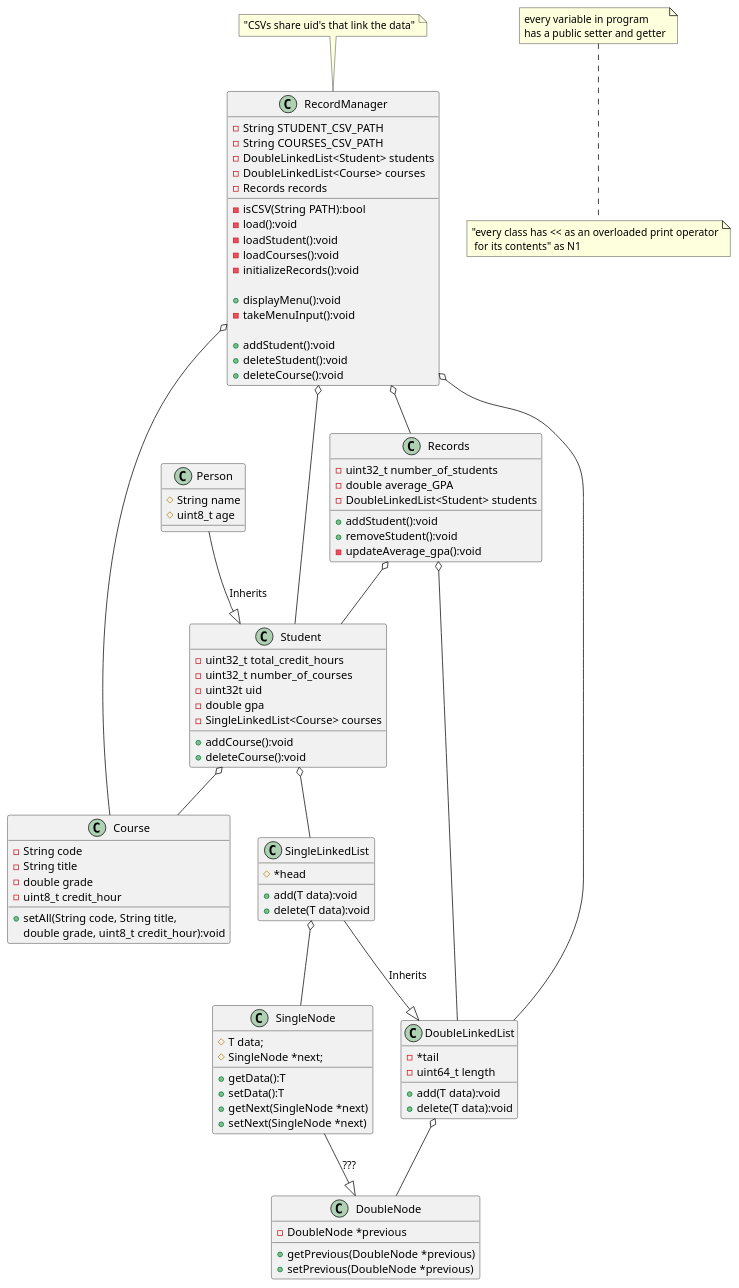
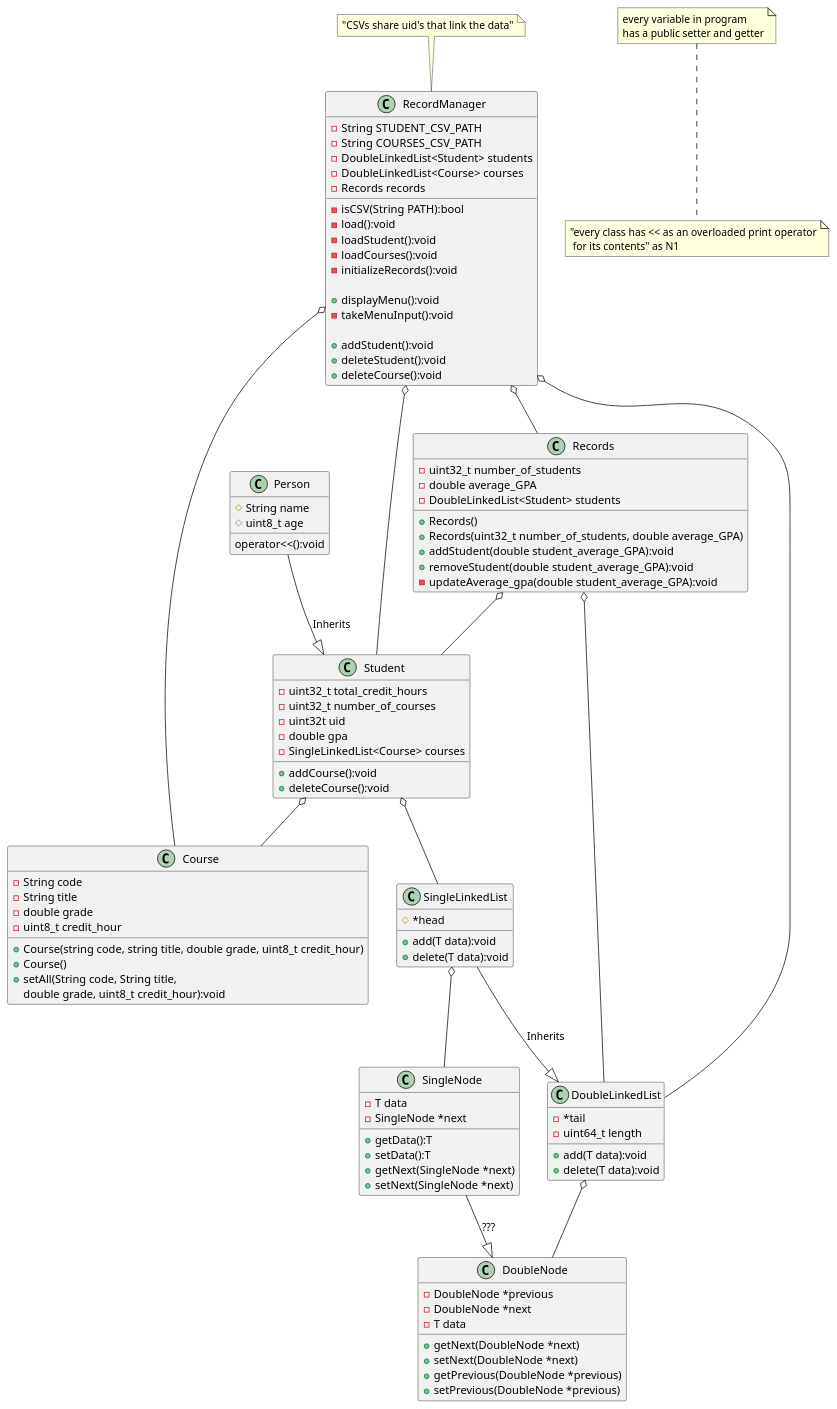
The diagram in uml/ClassDiagram.puml (Andrew-Shepard/SimpleStudentRecordSystem), drawn with PlantUML before and after one commit. The commit also changed 7 other files, not shown here.

Commit message:
Began adding constructors, started work on overloading the print operator, Records calculation for average gpa, CSV extension verification in RecordManager.cpp

```diff
--- a/uml/ClassDiagram.puml
+++ b/uml/ClassDiagram.puml
@@ -1,102 +1,112 @@
 @startuml
 
 class Person {
     #String name
     #uint8_t age
+
+    operator<<():void
 }
 
 class Course {
     -String code
     -String title
     -double grade
     -uint8_t credit_hour
 
+    +Course(string code, string title, double grade, uint8_t credit_hour)
+    +Course()
     +setAll(String code, String title,
         double grade, uint8_t credit_hour):void
 }
 class SingleLinkedList{
     #*head
 
     +add(T data):void
     +delete(T data):void
 }
 class DoubleLinkedList{
     -*tail
     -uint64_t length
 
     +add(T data):void
     +delete(T data):void
 }
 class SingleNode{
-    #T data;
-    #SingleNode *next;
+    -T data
+    -SingleNode *next
 
     +getData():T
     +setData():T
     +getNext(SingleNode *next)
     +setNext(SingleNode *next)
 }
 class DoubleNode{
     -DoubleNode *previous
+    -DoubleNode *next
+    -T data
 
+    +getNext(DoubleNode *next)
+    +setNext(DoubleNode *next)
     +getPrevious(DoubleNode *previous)
     +setPrevious(DoubleNode *previous)
 }
 class RecordManager{
     -String STUDENT_CSV_PATH
     -String COURSES_CSV_PATH
     -DoubleLinkedList<Student> students
     -DoubleLinkedList<Course> courses
     -Records records
 
     -isCSV(String PATH):bool
     -load():void
     -loadStudent():void
     -loadCourses():void
     -initializeRecords():void
 
     +displayMenu():void
     -takeMenuInput():void
 
     +addStudent():void
     +deleteStudent():void
     +deleteCourse():void
 }
 class Student{
     -uint32_t total_credit_hours
     -uint32_t number_of_courses
     -uint32t uid
     -double gpa
     -SingleLinkedList<Course> courses
 
     +addCourse():void
     +deleteCourse():void
 }
 class Records{
     -uint32_t number_of_students
     -double average_GPA
     -DoubleLinkedList<Student> students
 
-    +addStudent():void
-    +removeStudent():void
-    -updateAverage_gpa():void
+    +Records()
+    +Records(uint32_t number_of_students, double average_GPA)
+    +addStudent(double student_average_GPA):void
+    +removeStudent(double student_average_GPA):void
+    -updateAverage_gpa(double student_average_GPA):void
 }
 Person --|> Student : Inherits
 Student o-- SingleLinkedList
 Records o-- DoubleLinkedList
 Student o-- Course
 Records o-- Student
 RecordManager o-- DoubleLinkedList
 RecordManager o-- Records
 RecordManager o-- Student
 RecordManager o-- Course
 SingleLinkedList o-- SingleNode
 DoubleLinkedList o-- DoubleNode
 
 SingleLinkedList --|> DoubleLinkedList : Inherits
 SingleNode --|> DoubleNode : ???
 
 note "every variable in program\nhas a public setter and getter" as N2
 note bottom of N2 : "every class has << as an overloaded print operator\n for its contents" as N1
 note top of RecordManager : "CSVs share uid's that link the data"
 @enduml
```
